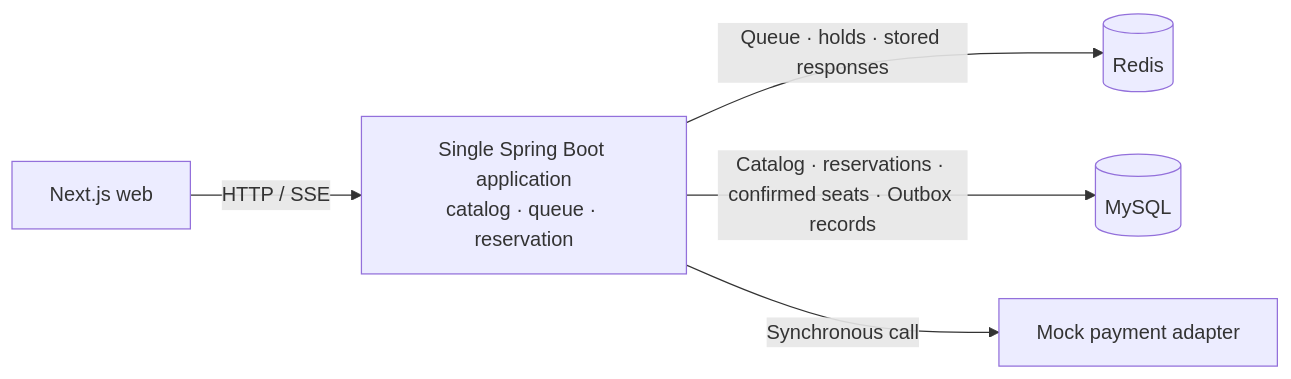
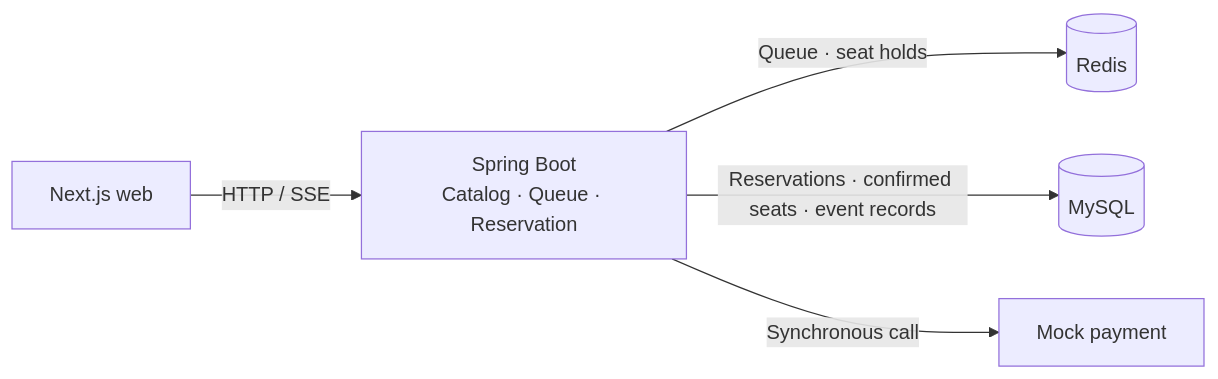
Before and after one commit to YongjaeKwon/ticket-rush: the diagram in README.en.md, drawn with Mermaid. The commit also changed other lines of this file and 1 other file, not shown here.

````diff
--- a/README.en.md
+++ b/README.en.md
@@ -37,7 +41,7 @@
 ```mermaid
 flowchart LR
-  WEB["Next.js web"] -->|"HTTP / SSE"| APP["Single Spring Boot application<br/>catalog · queue · reservation"]
-  APP -->|"Queue · holds · stored responses"| REDIS[(Redis)]
-  APP -->|"Catalog · reservations · confirmed seats · Outbox records"| DB[(MySQL)]
-  APP -->|"Synchronous call"| PAYMENT["Mock payment adapter"]
+  WEB["Next.js web"] -->|"HTTP / SSE"| APP["Spring Boot<br/>Catalog · Queue · Reservation"]
+  APP -->|"Queue · seat holds"| REDIS[(Redis)]
+  APP -->|"Reservations · confirmed seats · event records"| DB[(MySQL)]
+  APP -->|"Synchronous call"| PAYMENT["Mock payment"]
 ```
````
